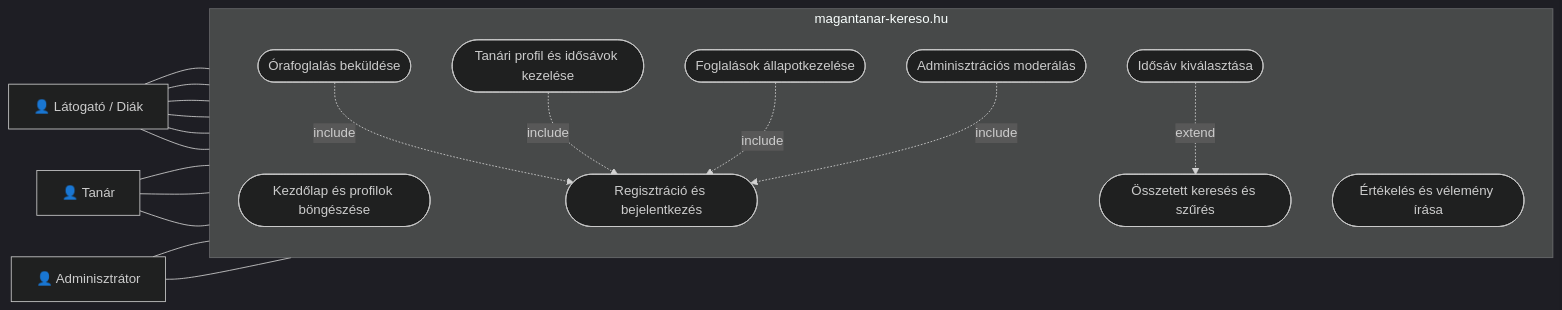
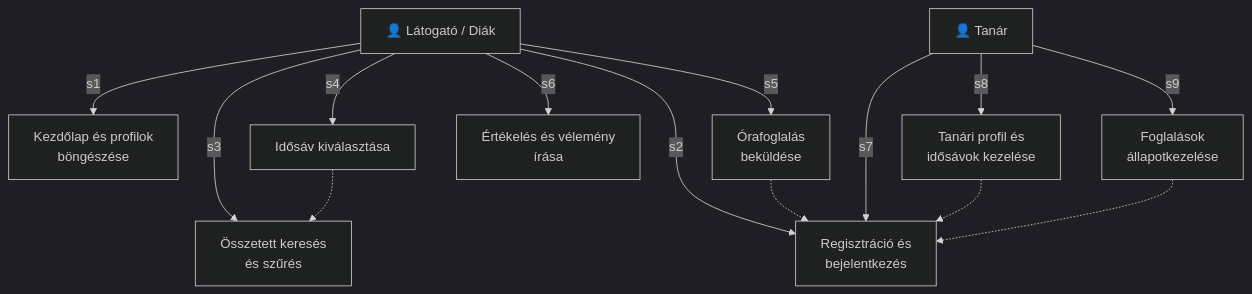
The diagram in docs/usecase.md (adambriny/rendszerfejlesztes_2026_d), drawn with Mermaid (dark theme) before and after one commit. The commit also changed other lines of this file and 4 other files, not shown here.

````diff
--- a/docs/usecase.md
+++ b/docs/usecase.md
@@ -6,38 +6,16 @@
 ```mermaid
-flowchart LR
-    L["👤 Látogató / Diák"]
-    T["👤 Tanár"]
-    A["👤 Adminisztrátor"]
-
-    subgraph R["magantanar-kereso.hu"]
-        direction TB
-        UC1(["Kezdőlap és profilok böngészése"])
-        UC2(["Regisztráció és bejelentkezés"])
-        UC3(["Összetett keresés és szűrés"])
-        UC4(["Idősáv kiválasztása"])
-        UC5(["Órafoglalás beküldése"])
-        UC6(["Tanári profil és idősávok kezelése"])
-        UC7(["Foglalások állapotkezelése"])
-        UC8(["Értékelés és vélemény írása"])
-        UC9(["Adminisztrációs moderálás"])
-    end
-
-    L --- UC1
-    L --- UC2
-    L --- UC3
-    L --- UC4
-    L --- UC5
-    L --- UC8
-    UC5 -. "include" .-> UC2
-    UC4 -. "extend" .-> UC3
-
-    T --- UC2
-    T --- UC6
-    T --- UC7
-
-    A --- UC2
-    A --- UC9
-    UC6 -. "include" .-> UC2
-    UC7 -. "include" .-> UC2
-    UC9 -. "include" .-> UC2
+flowchart TB
+    L["👤 Látogató / Diák"] -- s1 --> usecaseL["Kezdőlap és profilok<br>böngészése"]
+    L -- s2 --> usecaseL2["Regisztráció és<br>bejelentkezés"]
+    L -- s3 --> usecaseL3["Összetett keresés<br>és szűrés"]
+    L -- s4 --> usecaseL4["Idősáv kiválasztása"]
+    L -- s5 --> usecaseL5["Órafoglalás<br>beküldése"]
+    L -- s6 --> usecaseL6["Értékelés és vélemény<br>írása"]
+    usecaseL5 -.-> usecaseL2
+    usecaseL4 -.-> usecaseL3
+    T["👤 Tanár"] -- s7 --> usecaseL2
+    T -- s8 --> usecaseT["Tanári profil és<br>idősávok kezelése"]
+    T -- s9 --> usecaseT2["Foglalások<br>állapotkezelése"]
+    usecaseT -.-> usecaseL2
+    usecaseT2 -.-> usecaseL2
 ```
````
